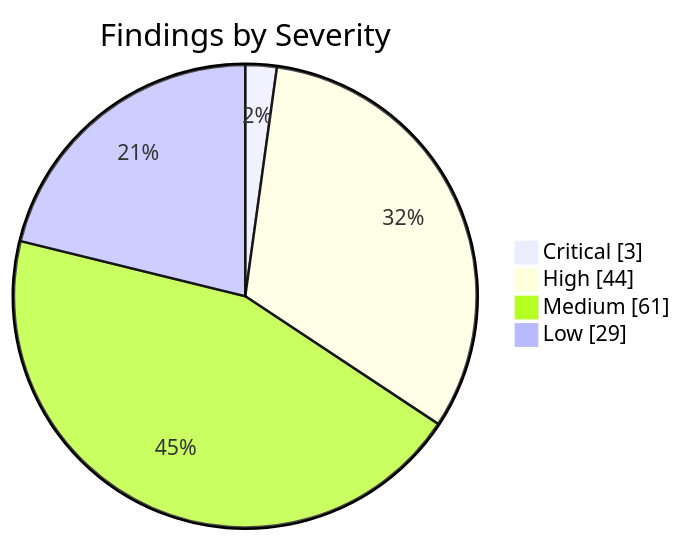
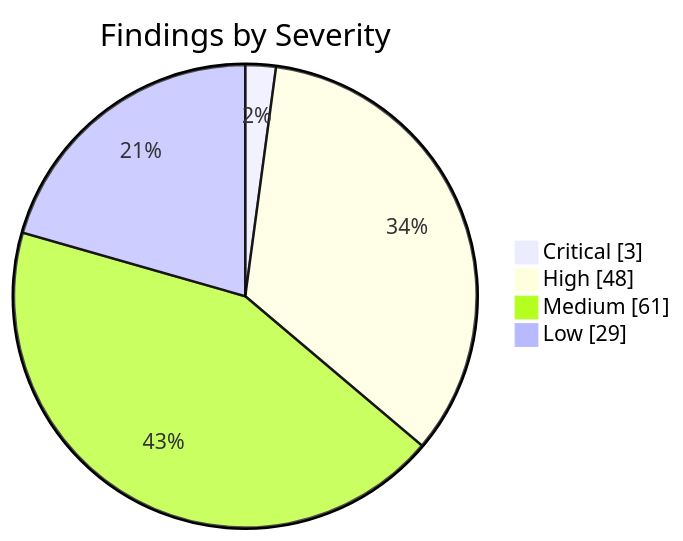
One commit to KBVE/kbve changed the first of 2 diagrams in apps/kbve/astro-kbve/src/content/docs/dashboard/security.mdx. Above: the diagram before and after it, drawn with Mermaid. The commit also changed other lines of this file and 8 other files, not shown here.

````diff
--- a/apps/kbve/astro-kbve/src/content/docs/dashboard/security.mdx
+++ b/apps/kbve/astro-kbve/src/content/docs/dashboard/security.mdx
@@ -62,8 +62,8 @@
 ```mermaid
 pie showData
     title Findings by Severity
     "Critical" : 3
-    "High" : 44
+    "High" : 48
     "Medium" : 61
     "Low" : 29
 ```
````
